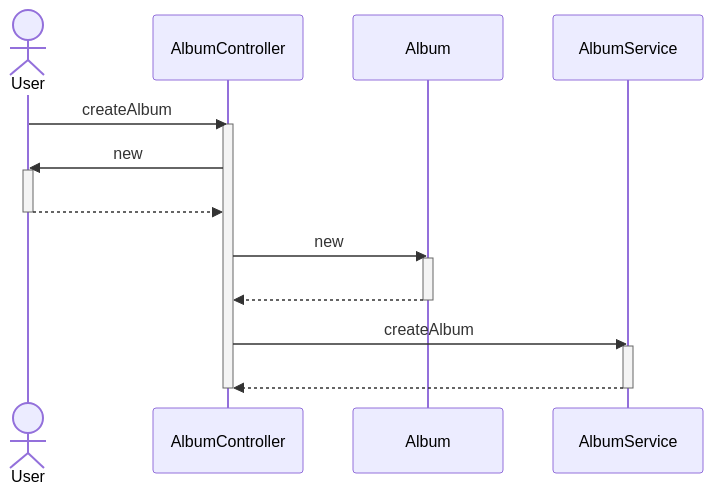
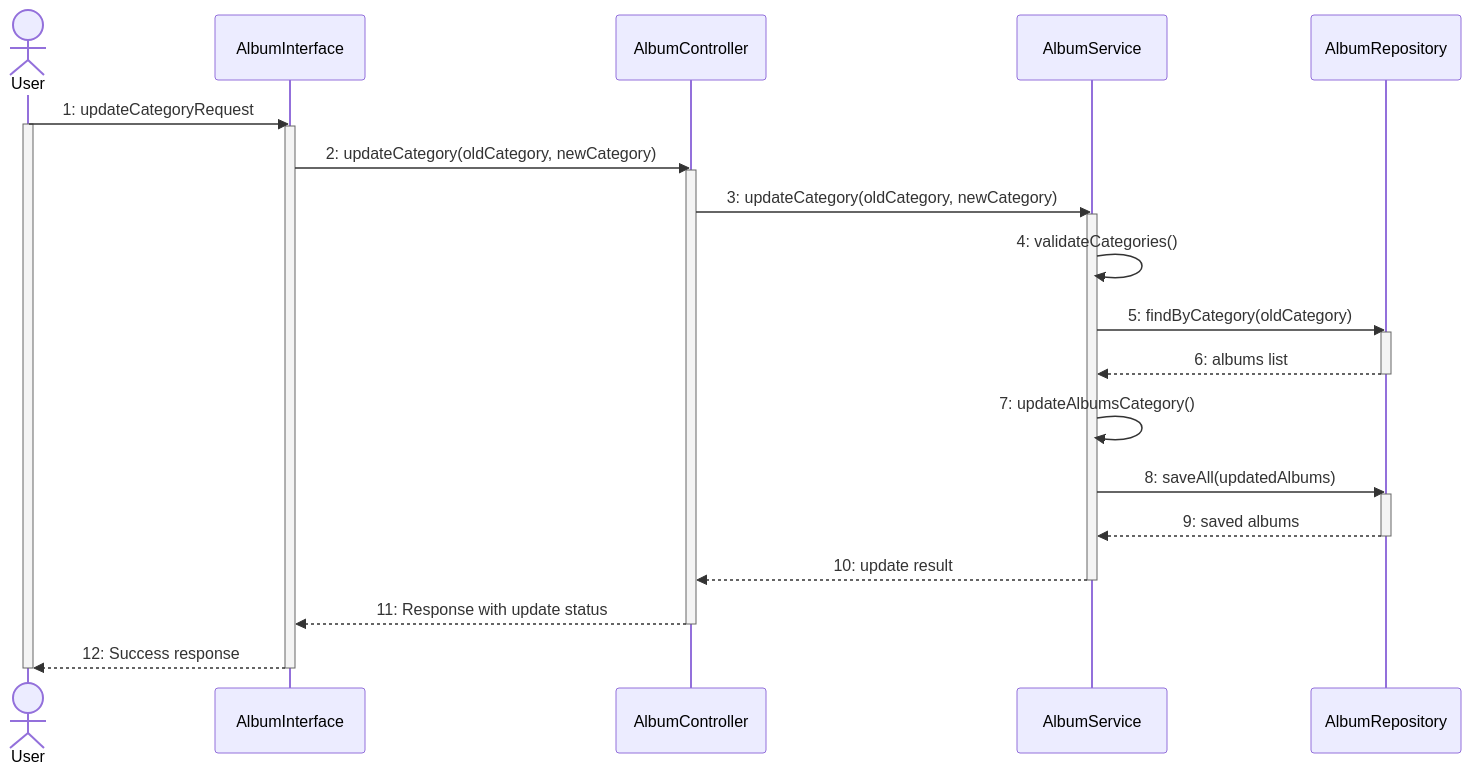
Before and after one commit to lightmon233/Memento: the seventh of 11 diagrams in README.md, drawn with Mermaid. The commit also changed other lines of this file, not shown here.

````diff
--- a/README.md
+++ b/README.md
@@ -135,19 +382,43 @@
 ```mermaid
 sequenceDiagram
-actor User
-User ->> AlbumController : createAlbum
-activate AlbumController
-AlbumController ->> User : new
-activate User
-User -->> AlbumController : #32; 
-deactivate User
-AlbumController ->> Album : new
-activate Album
-Album -->> AlbumController : #32; 
-deactivate Album
-AlbumController ->> AlbumService : createAlbum
-activate AlbumService
-AlbumService -->> AlbumController : #32; 
-deactivate AlbumService
-deactivate AlbumController
+    actor User
+    participant AlbumInterface
+    participant AlbumController
+    participant AlbumService
+    participant AlbumRepository
+    
+    User ->> AlbumInterface: 1: updateCategoryRequest
+    activate User
+    activate AlbumInterface
+    
+    AlbumInterface ->> AlbumController: 2: updateCategory(oldCategory, newCategory)
+    activate AlbumController
+    
+    AlbumController ->> AlbumService: 3: updateCategory(oldCategory, newCategory)
+    activate AlbumService
+    
+    AlbumService ->> AlbumService: 4: validateCategories()
+    
+    AlbumService ->> AlbumRepository: 5: findByCategory(oldCategory)
+    activate AlbumRepository
+    AlbumRepository -->> AlbumService: 6: albums list
+    deactivate AlbumRepository
+    
+    AlbumService ->> AlbumService: 7: updateAlbumsCategory()
+    
+    AlbumService ->> AlbumRepository: 8: saveAll(updatedAlbums)
+    activate AlbumRepository
+    AlbumRepository -->> AlbumService: 9: saved albums
+    deactivate AlbumRepository
+    
+    AlbumService -->> AlbumController: 10: update result
+    deactivate AlbumService
+    
+    AlbumController -->> AlbumInterface: 11: Response with update status
+    deactivate AlbumController
+    
+    AlbumInterface -->> User: 12: Success response
+    deactivate AlbumInterface
+    deactivate User
+
 ```
````
